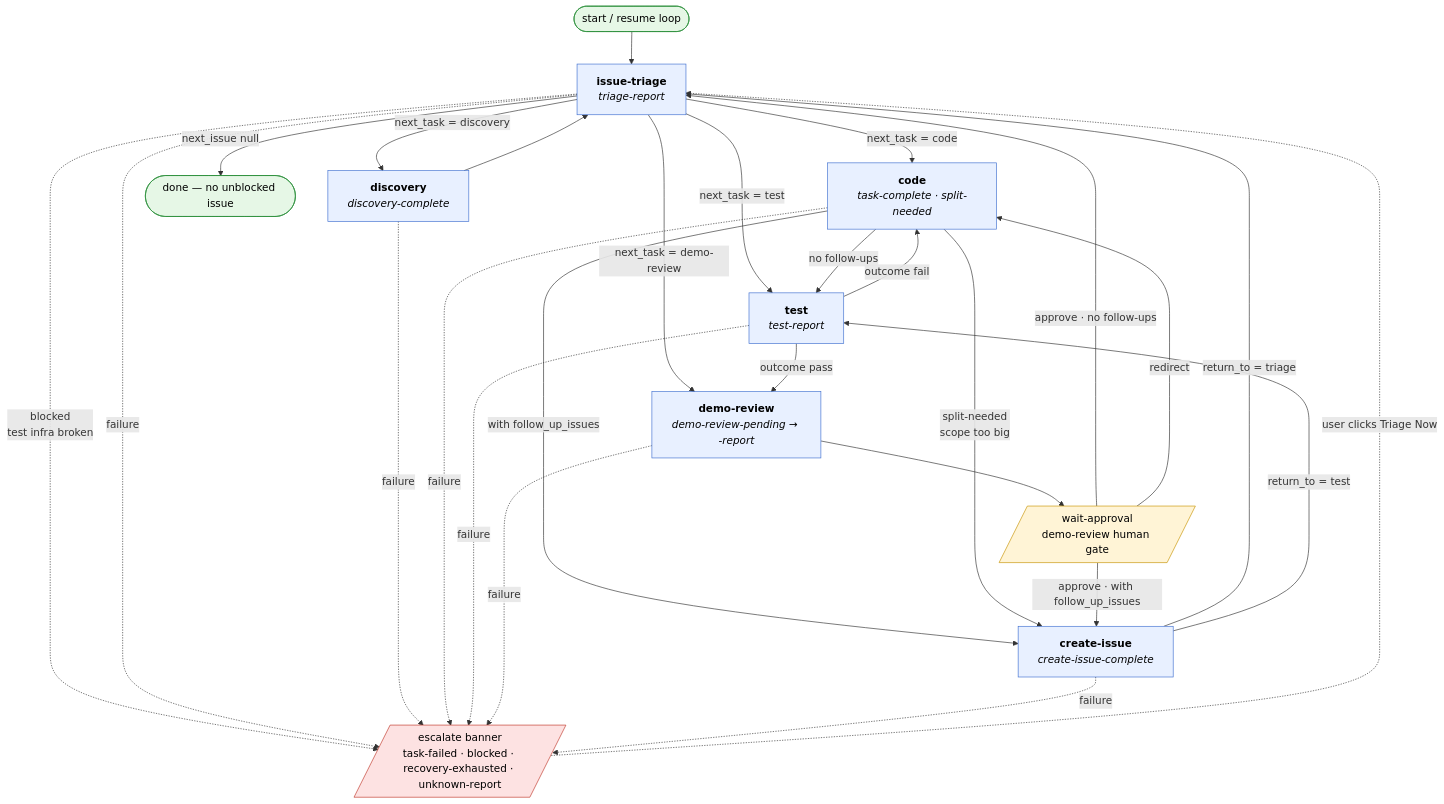
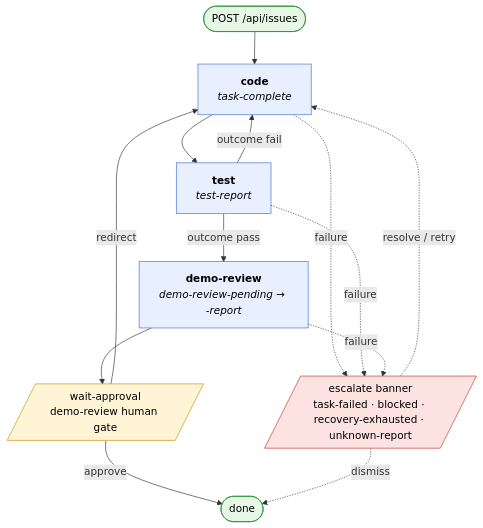
The diagram in README.md (AlysonBasilio/autonomous-product-team), drawn with Mermaid before and after one commit. The commit also changed other lines of this file and 36 other files, not shown here.

First line of the commit message:
Simplify to issue-centric model: drop project/triage/discovery tasks

````diff
--- a/README.md
+++ b/README.md
@@ -81,59 +76,35 @@
 ```mermaid
 flowchart TD
-    Start([start / resume loop]) --> Triage
+    Submit([POST /api/issues]) --> Code
 
-    Triage["<b>issue-triage</b><br/><i>triage-report</i>"]
-    Discovery["<b>discovery</b><br/><i>discovery-complete</i>"]
-    Code["<b>code</b><br/><i>task-complete · split-needed</i>"]
+    Code["<b>code</b><br/><i>task-complete</i>"]
     Test["<b>test</b><br/><i>test-report</i>"]
     DemoReview["<b>demo-review</b><br/><i>demo-review-pending → -report</i>"]
-    CreateIssue["<b>create-issue</b><br/><i>create-issue-complete</i>"]
 
-    Done([done — no unblocked issue])
+    Done([done])
     WaitDR[/wait-approval<br/>demo-review human gate/]
     Escalate[/escalate banner<br/>task-failed · blocked · recovery-exhausted · unknown-report/]
 
-    %% triage routes directly
-    Triage -->|next_issue null| Done
-    Triage -->|next_task = discovery| Discovery
-    Triage -->|next_task = code| Code
-    Triage -->|next_task = test| Test
-    Triage -->|next_task = demo-review| DemoReview
-    Triage -.->|blocked<br/>test infra broken| Escalate
-
-    %% deterministic transitions
-    Discovery --> Triage
-    Code -->|no follow-ups| Test
-    Code -->|with follow_up_issues| CreateIssue
-    Code -->|split-needed<br/>scope too big| CreateIssue
+    Code --> Test
     Test -->|outcome pass| DemoReview
     Test -->|outcome fail| Code
 
-    %% demo-review human gate
     DemoReview --> WaitDR
-    WaitDR -->|approve · no follow-ups| Triage
-    WaitDR -->|approve · with follow_up_issues| CreateIssue
+    WaitDR -->|approve| Done
     WaitDR -->|redirect| Code
 
-    %% create-issue returns to caller
-    CreateIssue -->|return_to = triage| Triage
-    CreateIssue -->|return_to = test| Test
-
-    %% failure paths from any task
-    Triage -.->|failure| Escalate
-    Discovery -.->|failure| Escalate
     Code -.->|failure| Escalate
     Test -.->|failure| Escalate
     DemoReview -.->|failure| Escalate
-    CreateIssue -.->|failure| Escalate
-    Escalate -.->|user clicks Triage Now| Triage
+    Escalate -.->|resolve / retry| Code
+    Escalate -.->|dismiss| Done
 
     classDef task fill:#e8f0ff,stroke:#4070d0,color:#000;
     classDef gate fill:#fff4d6,stroke:#c89400,color:#000;
     classDef terminal fill:#e6f7e6,stroke:#2a8f3a,color:#000;
     classDef error fill:#fde2e2,stroke:#c0392b,color:#000;
-    class Triage,Discovery,Code,Test,DemoReview,CreateIssue task;
+    class Code,Test,DemoReview task;
     class WaitDR gate;
-    class Done,Start terminal;
+    class Done,Submit terminal;
     class Escalate error;
 ```
````
